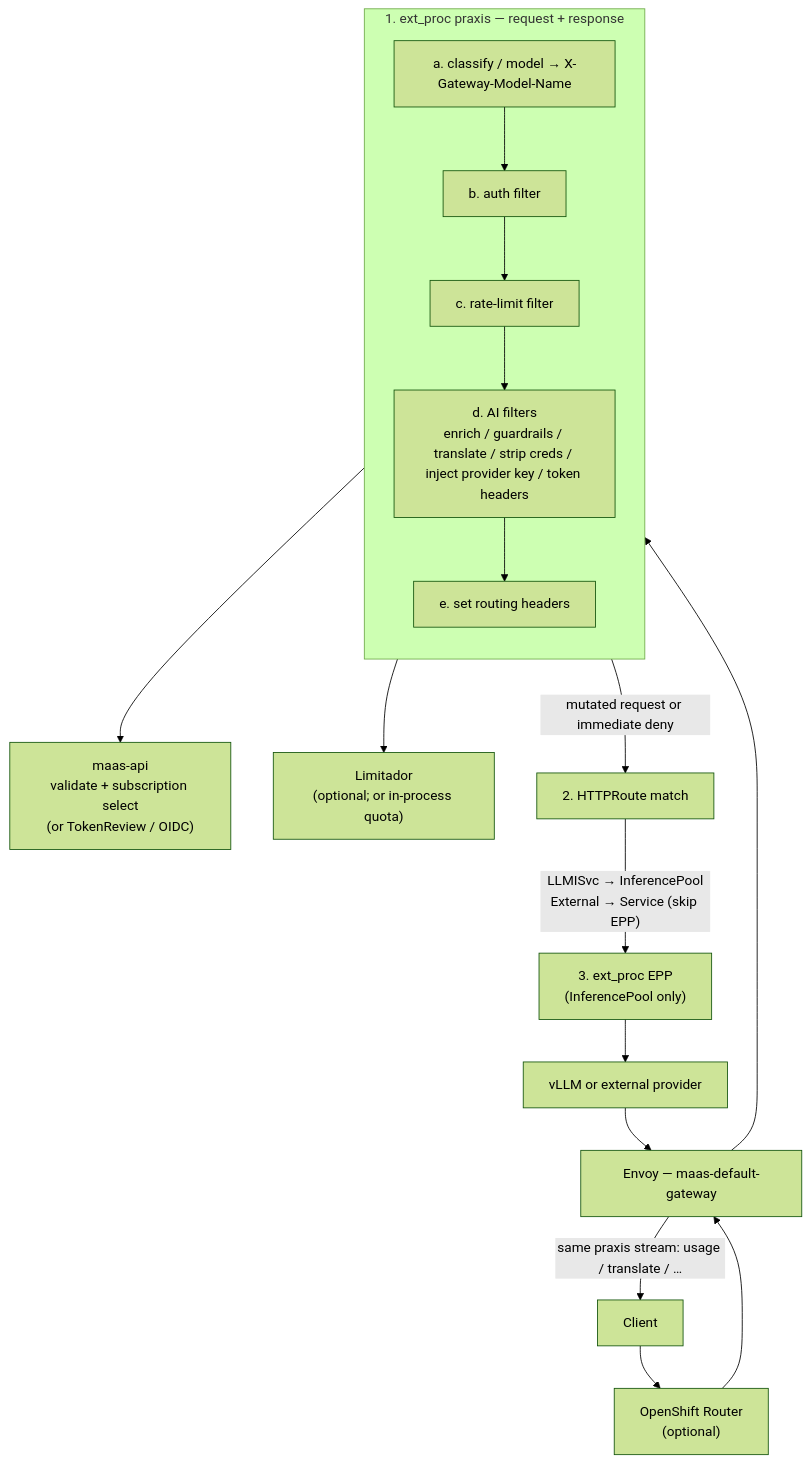
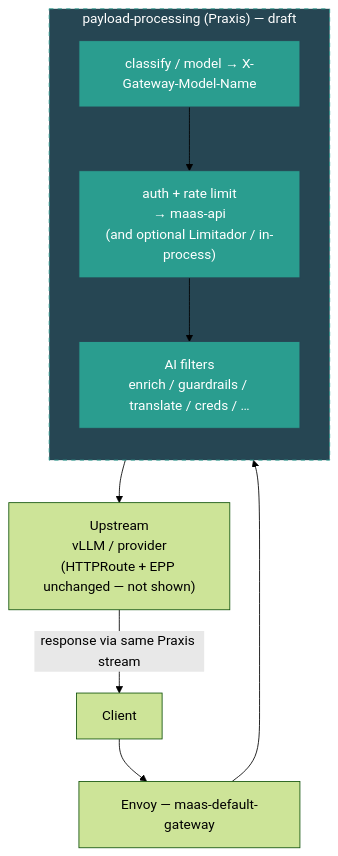
The third of 3 diagrams in docs/praxis-dataplane-evolution.md (jland-redhat/ai-gateway-controller), drawn with Mermaid (forest theme) before and after one commit. The commit also changed other lines of this file, not shown here.

First line of the commit message:
docs: simplify Praxis dataplane evolution diagrams

````diff
--- a/docs/praxis-dataplane-evolution.md
+++ b/docs/praxis-dataplane-evolution.md
@@ -126,32 +114,23 @@
 ```mermaid
 flowchart TB
   Client["Client"]
-  Router["OpenShift Router<br/>(optional)"]
   Envoy["Envoy — maas-default-gateway"]
 
-  subgraph praxis ["1. ext_proc praxis — request + response"]
+  subgraph praxis ["payload-processing (Praxis) — draft"]
     direction TB
-    A["a. classify / model → X-Gateway-Model-Name"]
-    B["b. auth filter"]
-    C["c. rate-limit filter"]
-    D["d. AI filters<br/>enrich / guardrails / translate / strip creds / inject provider key / token headers"]
-    E["e. set routing headers"]
-    A --> B --> C --> D --> E
+    A["classify / model → X-Gateway-Model-Name"]
+    B["auth + rate limit<br/>→ maas-api<br/>(and optional Limitador / in-process)"]
+    C["AI filters<br/>enrich / guardrails / translate / creds / …"]
+    A --> B --> C
   end
 
-  MaasAPI["maas-api<br/>validate + subscription select<br/>(or TokenReview / OIDC)"]
-  Limitador["Limitador<br/>(optional; or in-process quota)"]
-  Route["2. HTTPRoute match"]
-  EPP["3. ext_proc EPP<br/>(InferencePool only)"]
-  Upstream["vLLM or external provider"]
+  Upstream["Upstream<br/>vLLM / provider<br/>(HTTPRoute + EPP unchanged — not shown)"]
 
-  Client --> Router --> Envoy
-  Envoy --> praxis
-  B --> MaasAPI
-  C --> Limitador
-  praxis -->|"mutated request or immediate deny"| Route
-  Route -->|"LLMISvc → InferencePool<br/>External → Service (skip EPP)"| EPP
-  EPP --> Upstream
-  Upstream --> Envoy
-  Envoy -->|"same praxis stream: usage / translate / …"| Client
+  Client --> Envoy --> praxis --> Upstream
+  Upstream -->|"response via same Praxis stream"| Client
+
+  classDef praxis fill:#2a9d8f,stroke:#264653,color:#ffffff
+  classDef draft fill:#264653,stroke:#2a9d8f,color:#ffffff,stroke-dasharray: 5 5
+  class praxis,A,B,C praxis
+  class praxis draft
 ```
````
